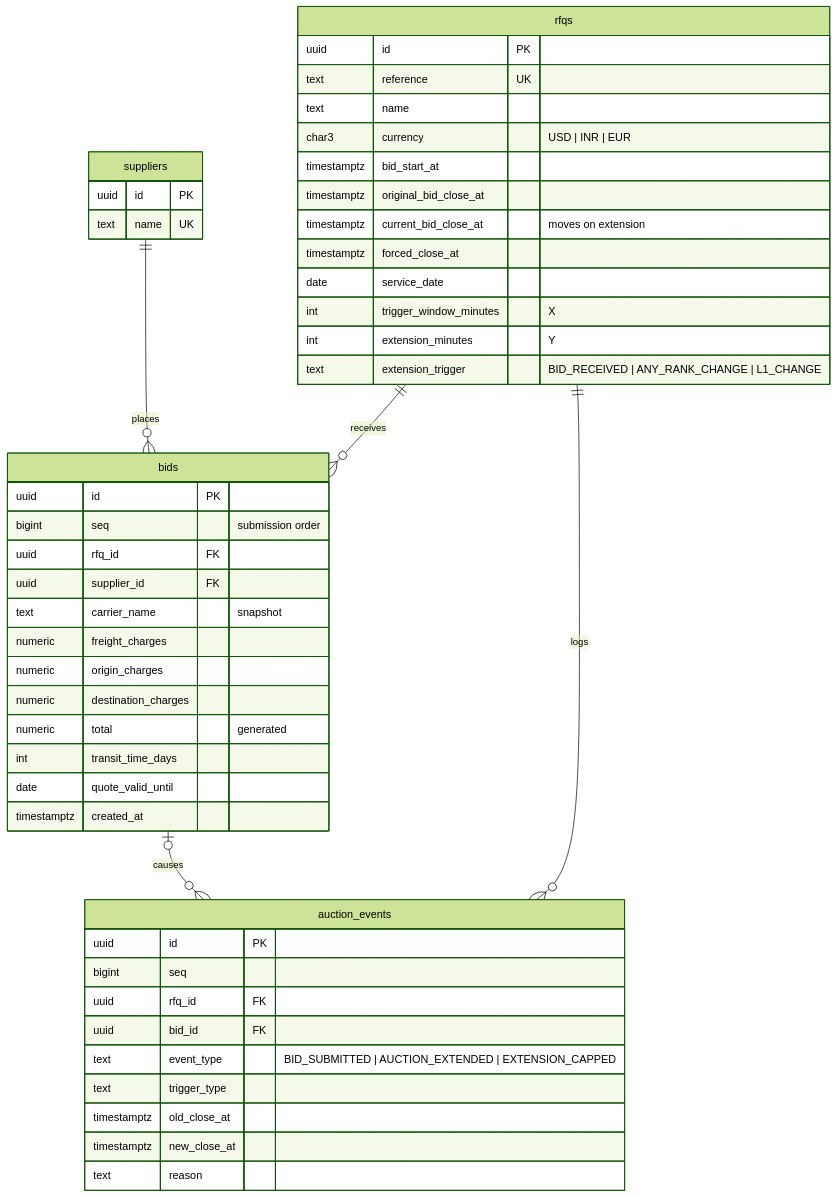
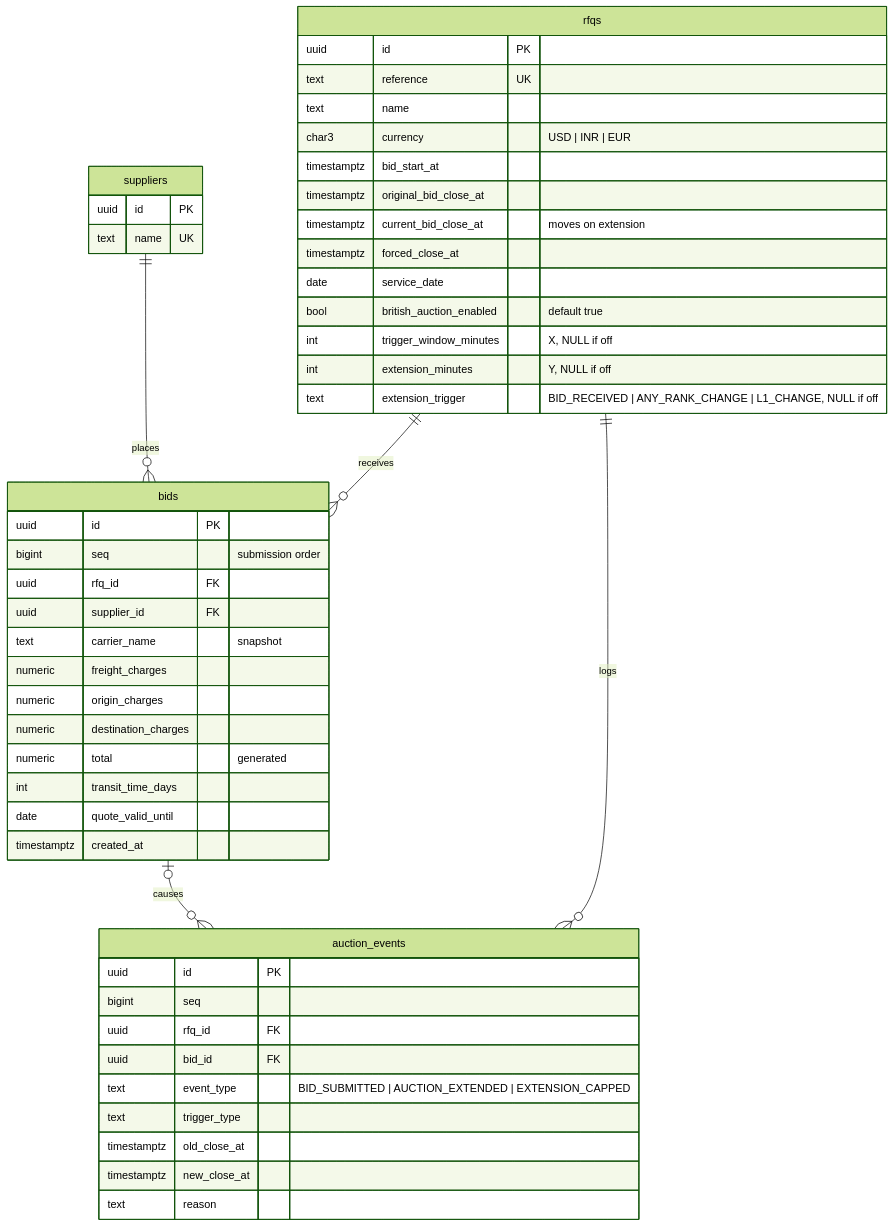
One commit to chandershekhar22/RFQ-bidding-platform changed the second of 3 diagrams in docs/HLD.md. Above: the diagram before and after it, drawn with Mermaid (forest theme). The commit also changed other lines of this file and 13 other files, not shown here.

Commit message:
Add British Auction toggle: standard RFQs with a fixed close time

````diff
--- a/docs/HLD.md
+++ b/docs/HLD.md
@@ -57,51 +57,52 @@
 ```mermaid
 erDiagram
   suppliers ||--o{ bids : places
   rfqs ||--o{ bids : receives
   rfqs ||--o{ auction_events : logs
   bids |o--o{ auction_events : causes
 
   rfqs {
     uuid id PK
     text reference UK
     text name
     char3 currency "USD | INR | EUR"
     timestamptz bid_start_at
     timestamptz original_bid_close_at
     timestamptz current_bid_close_at "moves on extension"
     timestamptz forced_close_at
     date service_date
-    int trigger_window_minutes "X"
-    int extension_minutes "Y"
-    text extension_trigger "BID_RECEIVED | ANY_RANK_CHANGE | L1_CHANGE"
+    bool british_auction_enabled "default true"
+    int trigger_window_minutes "X, NULL if off"
+    int extension_minutes "Y, NULL if off"
+    text extension_trigger "BID_RECEIVED | ANY_RANK_CHANGE | L1_CHANGE, NULL if off"
   }
   suppliers {
     uuid id PK
     text name UK
   }
   bids {
     uuid id PK
     bigint seq "submission order"
     uuid rfq_id FK
     uuid supplier_id FK
     text carrier_name "snapshot"
     numeric freight_charges
     numeric origin_charges
     numeric destination_charges
     numeric total "generated"
     int transit_time_days
     date quote_valid_until
     timestamptz created_at
   }
   auction_events {
     uuid id PK
     bigint seq
     uuid rfq_id FK
     uuid bid_id FK
     text event_type "BID_SUBMITTED | AUCTION_EXTENDED | EXTENSION_CAPPED"
     text trigger_type
     timestamptz old_close_at
     timestamptz new_close_at
     text reason
   }
 ```
````
